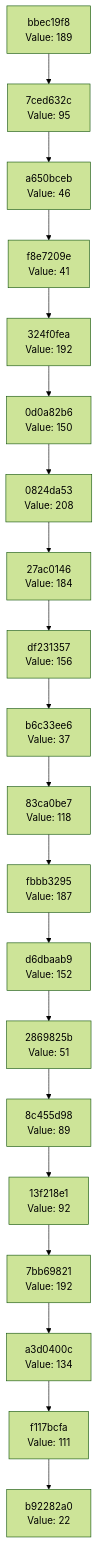
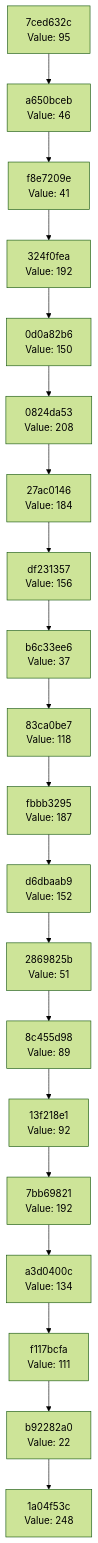
One commit to Abhisheksinha1506/hash-chain-evolver changed the diagram in docs/CHAIN_VISUALIZATION.md. Above: the diagram before and after it, drawn with Mermaid (forest theme). The commit also changed 2 other files, not shown here.

Commit message:
Evolution Step

````diff
--- a/docs/CHAIN_VISUALIZATION.md
+++ b/docs/CHAIN_VISUALIZATION.md
@@ -3,42 +3,42 @@
 ```mermaid
 graph TD
-    C0["b92282a0<br/>Value: 22"]
-    C1["f117bcfa<br/>Value: 111"]
+    C0["1a04f53c<br/>Value: 248"]
+    C1["b92282a0<br/>Value: 22"]
     C1 --> C0
-    C2["a3d0400c<br/>Value: 134"]
+    C2["f117bcfa<br/>Value: 111"]
     C2 --> C1
-    C3["7bb69821<br/>Value: 192"]
+    C3["a3d0400c<br/>Value: 134"]
     C3 --> C2
-    C4["13f218e1<br/>Value: 92"]
+    C4["7bb69821<br/>Value: 192"]
     C4 --> C3
-    C5["8c455d98<br/>Value: 89"]
+    C5["13f218e1<br/>Value: 92"]
     C5 --> C4
-    C6["2869825b<br/>Value: 51"]
+    C6["8c455d98<br/>Value: 89"]
     C6 --> C5
-    C7["d6dbaab9<br/>Value: 152"]
+    C7["2869825b<br/>Value: 51"]
     C7 --> C6
-    C8["fbbb3295<br/>Value: 187"]
+    C8["d6dbaab9<br/>Value: 152"]
     C8 --> C7
-    C9["83ca0be7<br/>Value: 118"]
+    C9["fbbb3295<br/>Value: 187"]
     C9 --> C8
-    C10["b6c33ee6<br/>Value: 37"]
+    C10["83ca0be7<br/>Value: 118"]
     C10 --> C9
-    C11["df231357<br/>Value: 156"]
+    C11["b6c33ee6<br/>Value: 37"]
     C11 --> C10
-    C12["27ac0146<br/>Value: 184"]
+    C12["df231357<br/>Value: 156"]
     C12 --> C11
-    C13["0824da53<br/>Value: 208"]
+    C13["27ac0146<br/>Value: 184"]
     C13 --> C12
-    C14["0d0a82b6<br/>Value: 150"]
+    C14["0824da53<br/>Value: 208"]
     C14 --> C13
-    C15["324f0fea<br/>Value: 192"]
+    C15["0d0a82b6<br/>Value: 150"]
     C15 --> C14
-    C16["f8e7209e<br/>Value: 41"]
+    C16["324f0fea<br/>Value: 192"]
     C16 --> C15
-    C17["a650bceb<br/>Value: 46"]
+    C17["f8e7209e<br/>Value: 41"]
     C17 --> C16
-    C18["7ced632c<br/>Value: 95"]
+    C18["a650bceb<br/>Value: 46"]
     C18 --> C17
-    C19["bbec19f8<br/>Value: 189"]
+    C19["7ced632c<br/>Value: 95"]
     C19 --> C18
 ```
````
